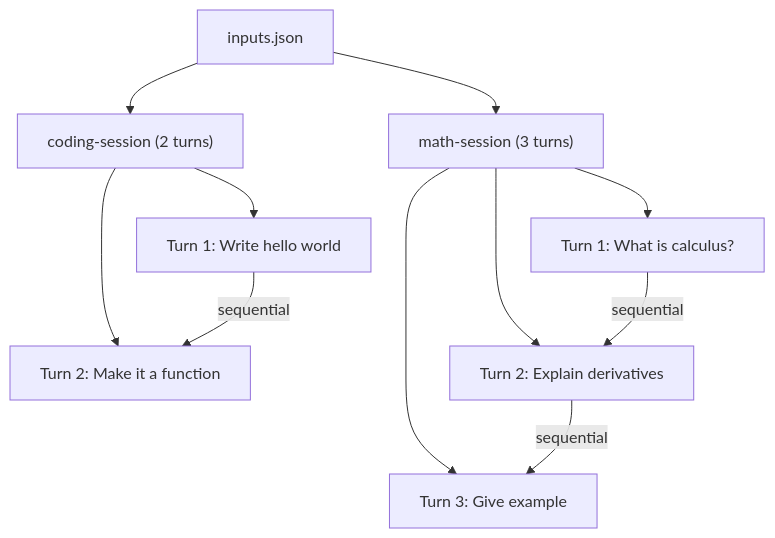
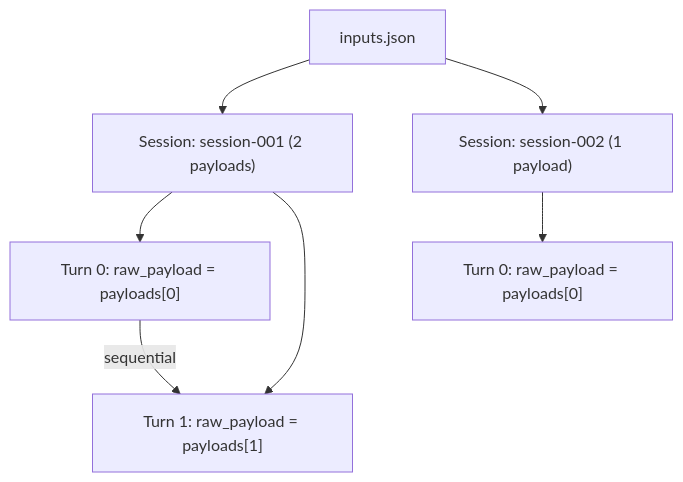
The diagram in docs/tutorials/inputs-json-replay.md (esoba/aiperf), drawn with Mermaid before and after one commit. The commit also changed other lines of this file and 11 other files, not shown here.

````diff
--- a/docs/tutorials/inputs-json-replay.md
+++ b/docs/tutorials/inputs-json-replay.md
@@ -91,12 +83,9 @@
 ```mermaid
 graph TD
-    A[inputs.json] --> B["coding-session (2 turns)"]
-    A --> C["math-session (3 turns)"]
-    B --> D[Turn 1: Write hello world]
-    B --> E[Turn 2: Make it a function]
-    C --> F[Turn 1: What is calculus?]
-    C --> G[Turn 2: Explain derivatives]
-    C --> H[Turn 3: Give example]
-    D --> |sequential| E
-    F --> |sequential| G --> |sequential| H
+    A[inputs.json] --> B["Session: session-001 (2 payloads)"]
+    A --> C["Session: session-002 (1 payload)"]
+    B --> D["Turn 0: raw_payload = payloads[0]"]
+    B --> E["Turn 1: raw_payload = payloads[1]"]
+    C --> F["Turn 0: raw_payload = payloads[0]"]
+    D -->|sequential| E
 ```
````
